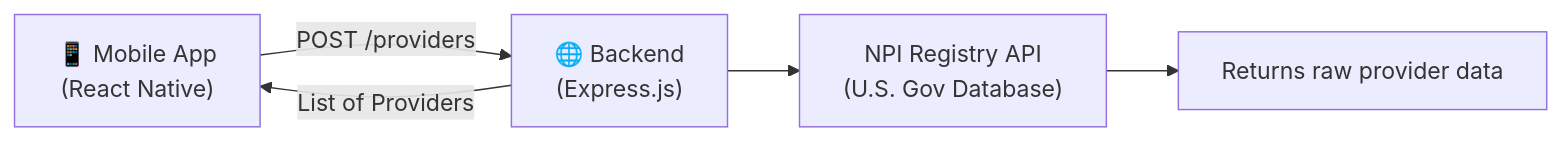
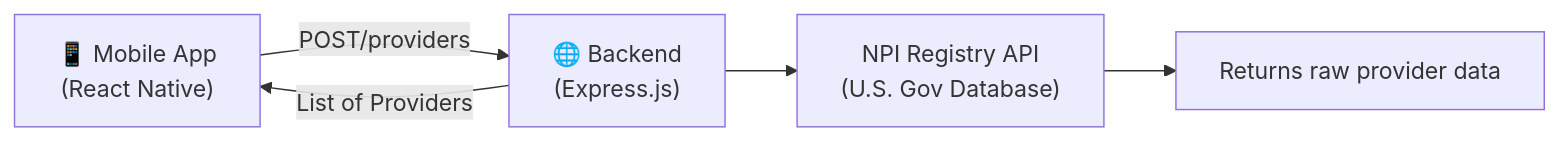
One commit to pd52694/healthcare-provider-finder changed the first of 2 diagrams in README.md. Above: the diagram before and after it, drawn with Mermaid.

````diff
--- a/README.md
+++ b/README.md
@@ -115,7 +115,8 @@
 ```mermaid
 flowchart LR
-    A["📱 Mobile App\n(React Native)"] -->|POST /providers| B["🌐 Backend\n(Express.js)"]
+    A["📱 Mobile App
+          (React Native)"] -->|POST/providers| B["🌐 Backend\n(Express.js)"]
     B -->|List of Providers| A
     B --> C["NPI Registry API\n(U.S. Gov Database)"]
     C --> D["Returns raw provider data"]
 ```
````
